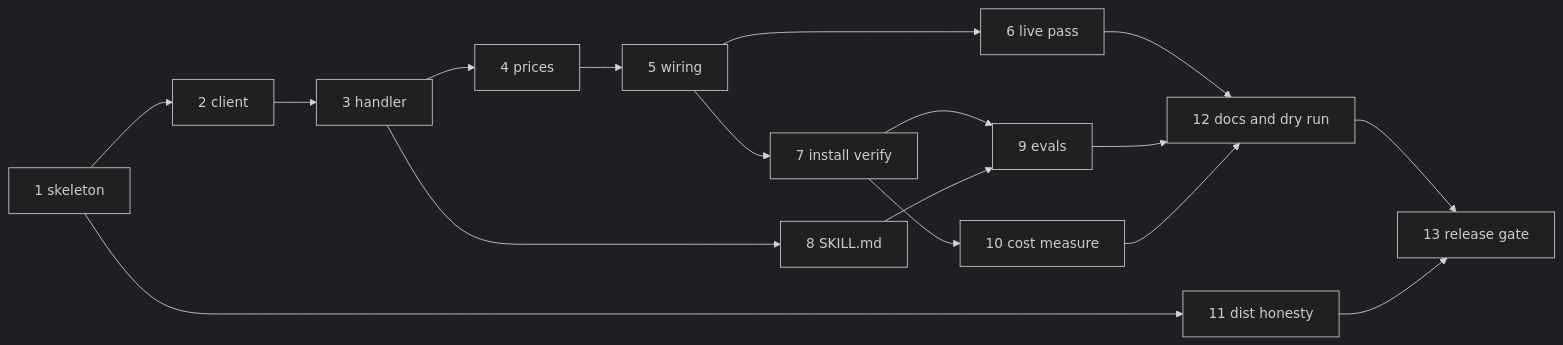
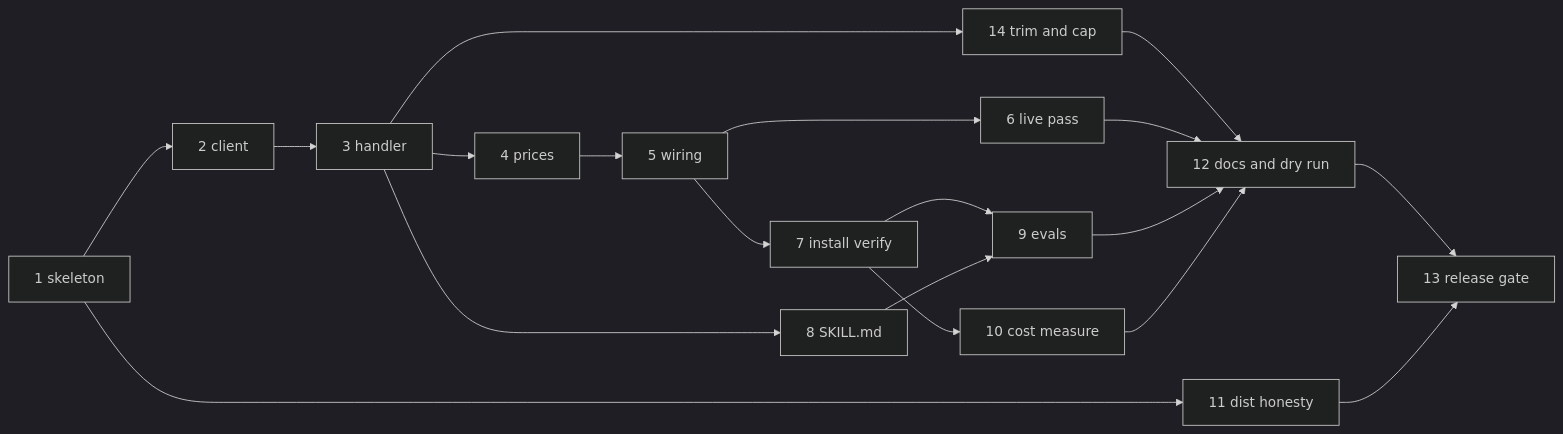
One commit to njohnb/Manabase changed the diagram in docs/DEV-ROADMAP.md. Above: the diagram before and after it, drawn with Mermaid (dark theme). The commit also changed other lines of this file and 1 other file, not shown here.

````diff
--- a/docs/DEV-ROADMAP.md
+++ b/docs/DEV-ROADMAP.md
@@ -912,14 +951,15 @@
 ```mermaid
 graph LR
   S1[1 skeleton] --> S2[2 client] --> S3[3 handler] --> S4[4 prices] --> S5[5 wiring] --> S6[6 live pass]
   S5 --> S7[7 install verify]
   S3 --> S8[8 SKILL.md]
   S7 --> S9[9 evals]
   S8 --> S9
   S7 --> S10[10 cost measure]
   S1 --> S11[11 dist honesty]
+  S3 --> S14[14 trim and cap] --> S12
   S6 --> S12
   S9 --> S12[12 docs and dry run]
   S10 --> S12 --> S13[13 release gate]
   S11 --> S13
 ```
````
